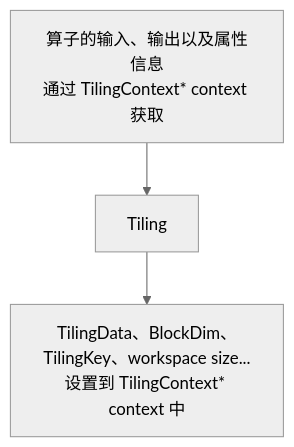
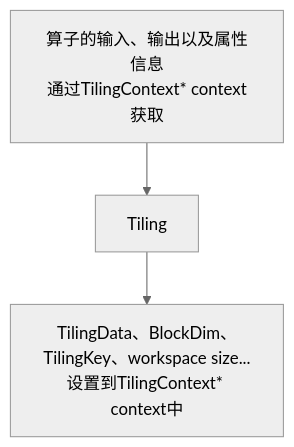
One commit to hicann/ops-cv changed the fifth of 7 diagrams in docs/zh/develop/aicore_develop_advanced_guide.md. Above: the diagram before and after it, drawn with Mermaid (neutral theme). The commit also changed other lines of this file and 64 other files, not shown here.

````diff
--- a/docs/zh/develop/aicore_develop_advanced_guide.md
+++ b/docs/zh/develop/aicore_develop_advanced_guide.md
@@ -589,9 +589,9 @@
 ```mermaid
 flowchart TD
-    A["算子的输入、输出以及属性信息<br/>通过 TilingContext* context 获取"]
+    A["算子的输入、输出以及属性信息<br/>通过TilingContext* context获取"]
     B["Tiling"]
-    C["TilingData、BlockDim、TilingKey、workspace size...<br/>设置到 TilingContext* context 中"]
+    C["TilingData、BlockDim、TilingKey、workspace size...<br/>设置到TilingContext* context中"]
 
     A --> B
     B --> C
 ```
````
